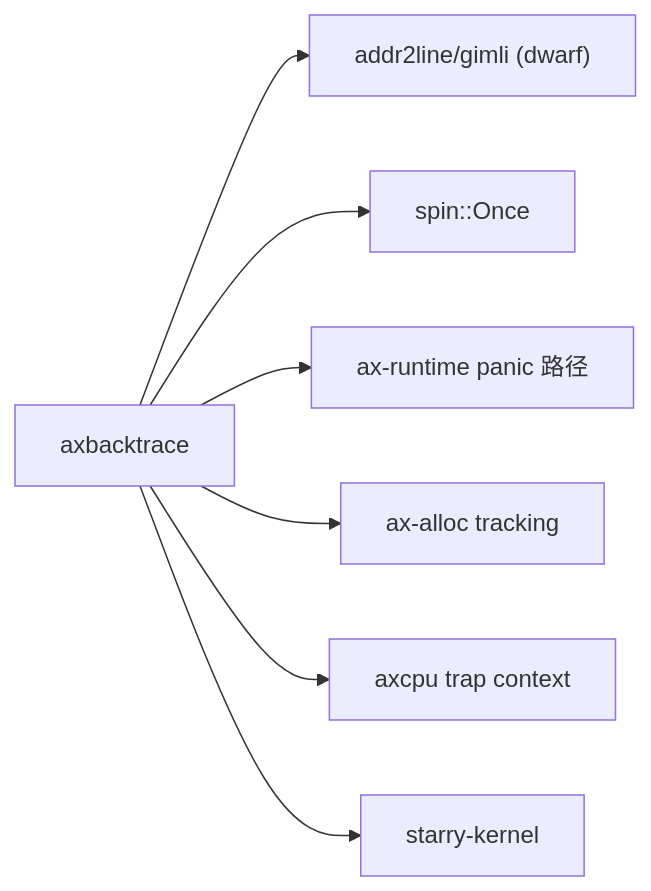
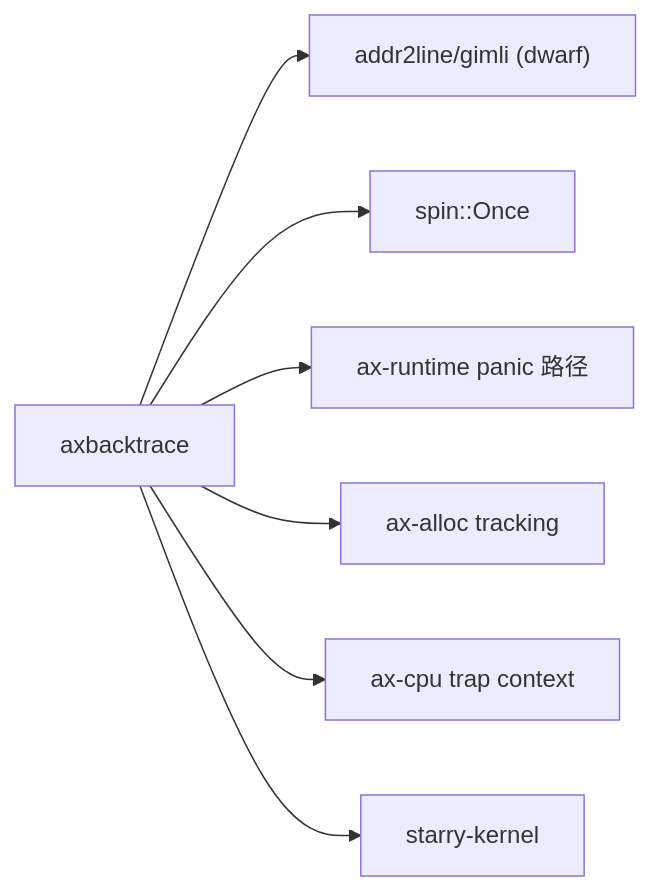
Before and after one commit to zKurisu/tgoskits: the second of 2 diagrams in docs/crates/axbacktrace.md, drawn with Mermaid. The commit also changed other lines of this file and 106 other files, not shown here.

Commit message:
rename axcpu to ax-cpu

````diff
--- a/docs/crates/axbacktrace.md
+++ b/docs/crates/axbacktrace.md
@@ -77,10 +77,10 @@
 ```mermaid
 graph LR
     axbacktrace["axbacktrace"] --> dwarf["addr2line/gimli (dwarf)"]
     axbacktrace --> spin["spin::Once"]
 
     axbacktrace --> ax-runtime["ax-runtime panic 路径"]
     axbacktrace --> ax-alloc["ax-alloc tracking"]
-    axbacktrace --> axcpu["axcpu trap context"]
+    axbacktrace --> ax-cpu["ax-cpu trap context"]
     axbacktrace --> starry_kernel["starry-kernel"]
 ```
````
